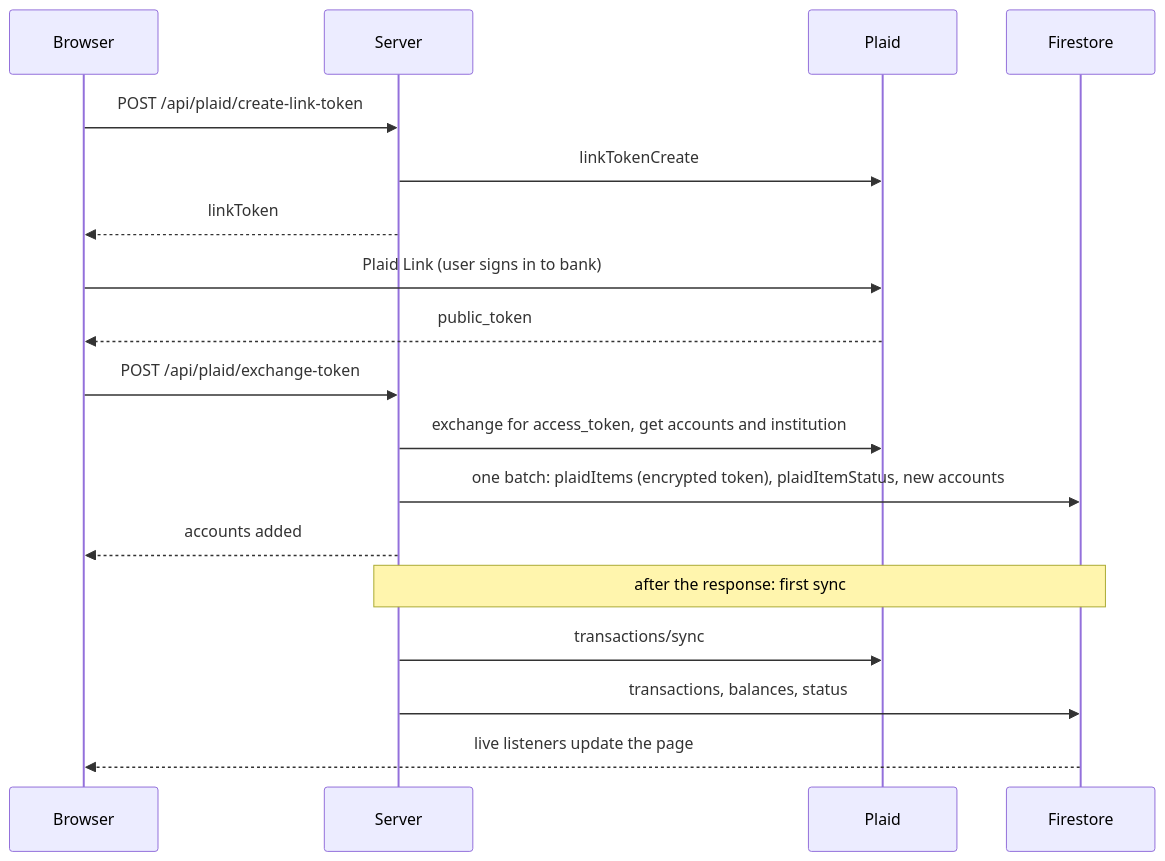
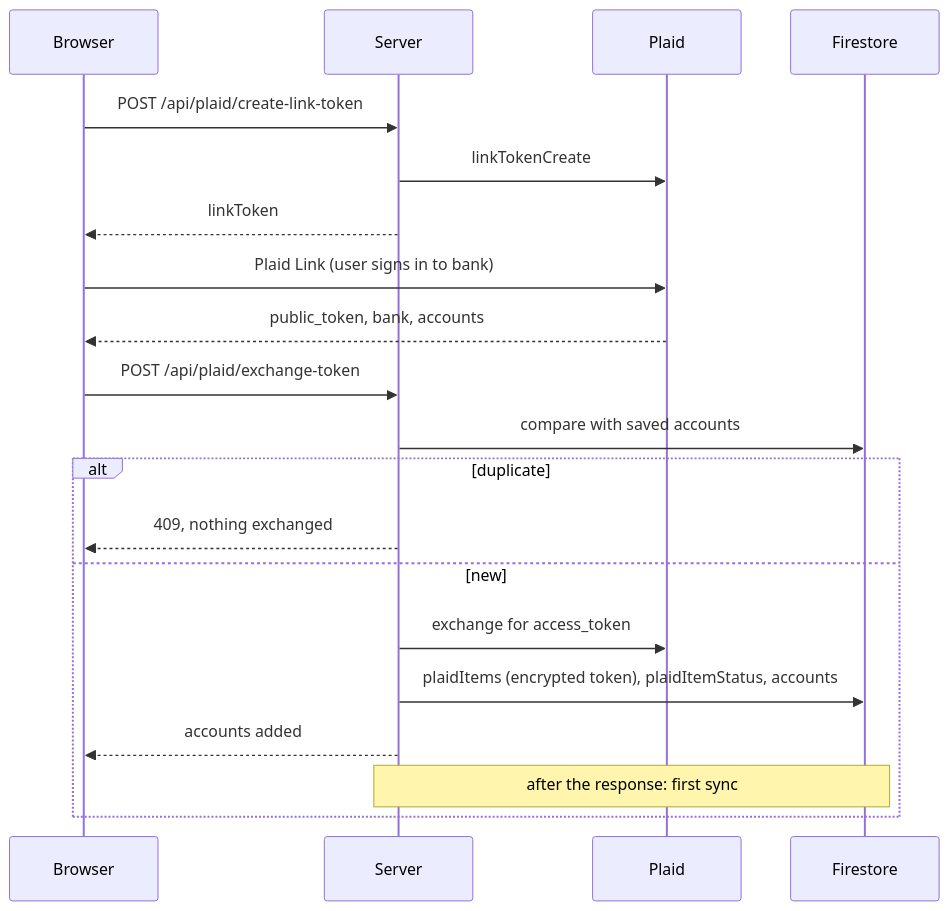
Before and after one commit to ColeHarten/telos: the diagram in docs/plaid-and-sync.md, drawn with Mermaid. The commit also changed other lines of this file and 59 other files, not shown here.

````diff
--- a/docs/plaid-and-sync.md
+++ b/docs/plaid-and-sync.md
@@ -11,21 +21,23 @@
 ```mermaid
 sequenceDiagram
   participant B as Browser
   participant S as Server
   participant P as Plaid
   participant F as Firestore
 
   B->>S: POST /api/plaid/create-link-token
   S->>P: linkTokenCreate
   S-->>B: linkToken
   B->>P: Plaid Link (user signs in to bank)
-  P-->>B: public_token
+  P-->>B: public_token, bank, accounts
   B->>S: POST /api/plaid/exchange-token
-  S->>P: exchange for access_token, get accounts and institution
-  S->>F: one batch: plaidItems (encrypted token), plaidItemStatus, new accounts
-  S-->>B: accounts added
-  Note over S,F: after the response: first sync
-  S->>P: transactions/sync
-  S->>F: transactions, balances, status
-  F-->>B: live listeners update the page
+  S->>F: compare with saved accounts
+  alt duplicate
+    S-->>B: 409, nothing exchanged
+  else new
+    S->>P: exchange for access_token
+    S->>F: plaidItems (encrypted token), plaidItemStatus, accounts
+    S-->>B: accounts added
+    Note over S,F: after the response: first sync
+  end
 ```
````
